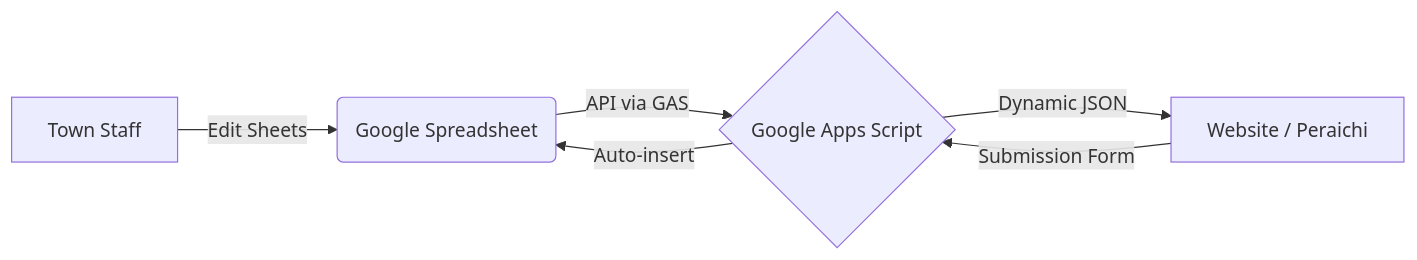
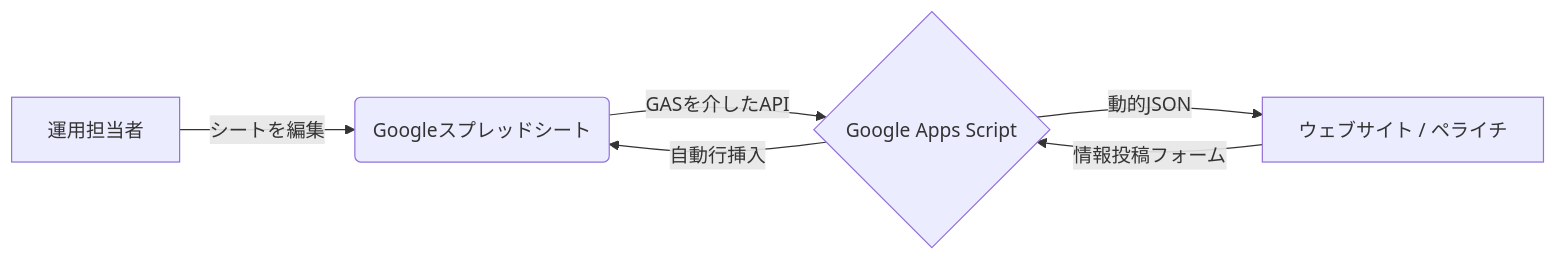
One commit to takizawa-debug/iizuna-apple-project changed the diagram in OVERVIEW.md. Above: the diagram before and after it, drawn with Mermaid. The commit also changed other lines of this file, not shown here.

````diff
--- a/OVERVIEW.md
+++ b/OVERVIEW.md
@@ -8,8 +8,8 @@
 ```mermaid
 graph LR
-    A[Town Staff] -->|Edit Sheets| B(Google Spreadsheet)
-    B -->|API via GAS| C{Google Apps Script}
-    C -->|Dynamic JSON| D[Website / Peraichi]
-    D -->|Submission Form| C
-    C -->|Auto-insert| B
+    A[運用担当者] -->|シートを編集| B(Googleスプレッドシート)
+    B -->|GASを介したAPI| C{Google Apps Script}
+    C -->|動的JSON| D[ウェブサイト / ペライチ]
+    D -->|情報投稿フォーム| C
+    C -->|自動行挿入| B
 ```
````
